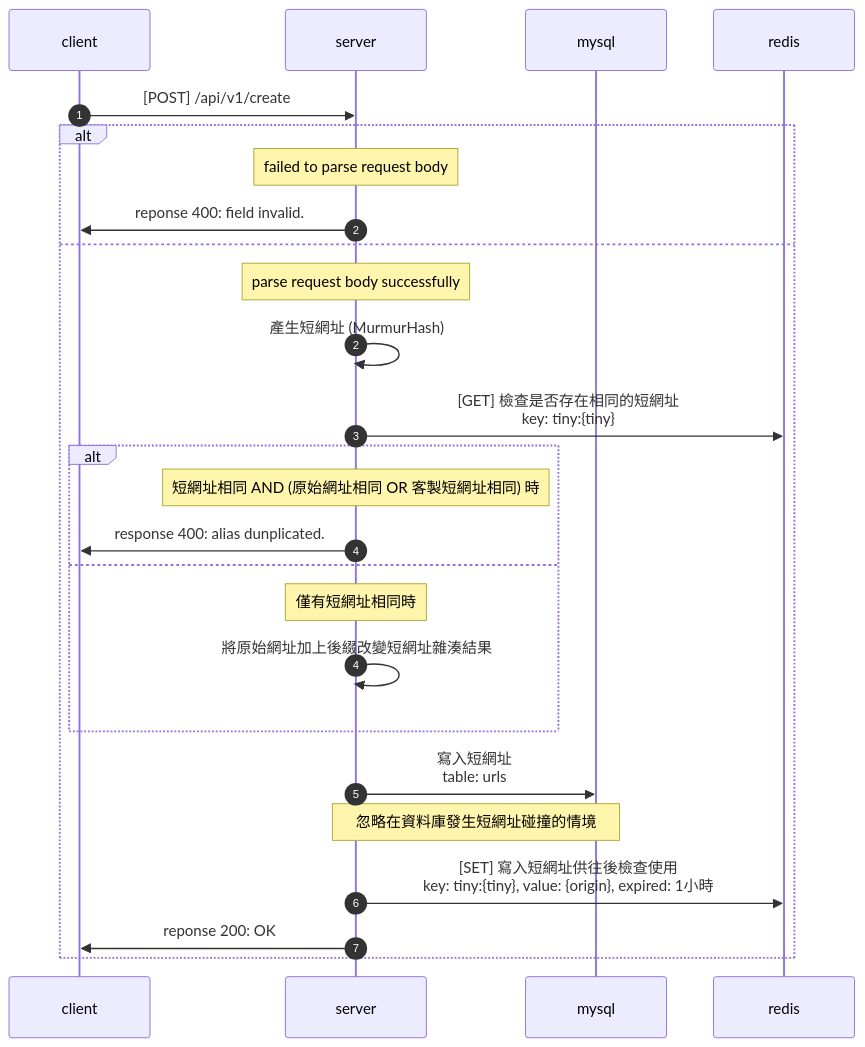
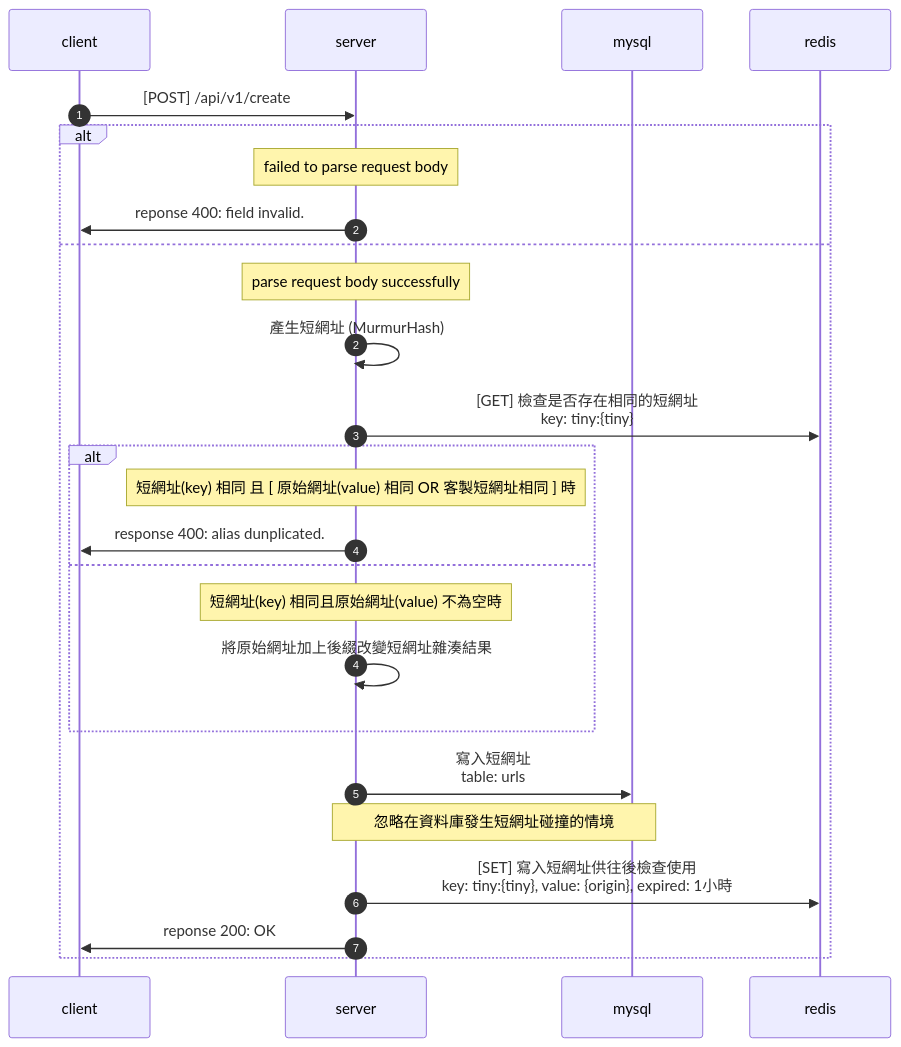
The diagram in doc/api/v1/create.md (JianLiu666/TinyURL), drawn with Mermaid before and after one commit. The commit also changed 1 other file, not shown here.

````diff
--- a/doc/api/v1/create.md
+++ b/doc/api/v1/create.md
@@ -31,37 +31,37 @@
 ```mermaid
 sequenceDiagram
     participant client
     participant server
     participant mysql
     participant redis
     
     autonumber 1
     client ->> server: [POST] /api/v1/create
     
     alt
         Note over server: failed to parse request body
         server ->> client: reponse 400: field invalid.
     else
         autonumber 2
         Note over server: parse request body successfully
         server ->> server: 產生短網址 (MurmurHash)
 
         server ->> redis: [GET] 檢查是否存在相同的短網址<br>key: tiny:{tiny}
         
         alt
-            Note over server: 短網址相同 AND (原始網址相同 OR 客製短網址相同) 時
+            Note over server: 短網址(key) 相同 且 [ 原始網址(value) 相同 OR 客製短網址相同 ] 時
             server ->> client: response 400: alias dunplicated.
         else
             autonumber 4
-            Note over server: 僅有短網址相同時
+            Note over server: 短網址(key) 相同且原始網址(value) 不為空時
             server ->> server: 將原始網址加上後綴改變短網址雜湊結果
         end
         
         server ->> mysql: 寫入短網址<br>table: urls
         Note over server, mysql: 忽略在資料庫發生短網址碰撞的情境
 
         server ->> redis: [SET] 寫入短網址供往後檢查使用<br>key: tiny:{tiny}, value: {origin}, expired: 1小時
 
         server ->> client: reponse 200: OK
     end
 ```
````
